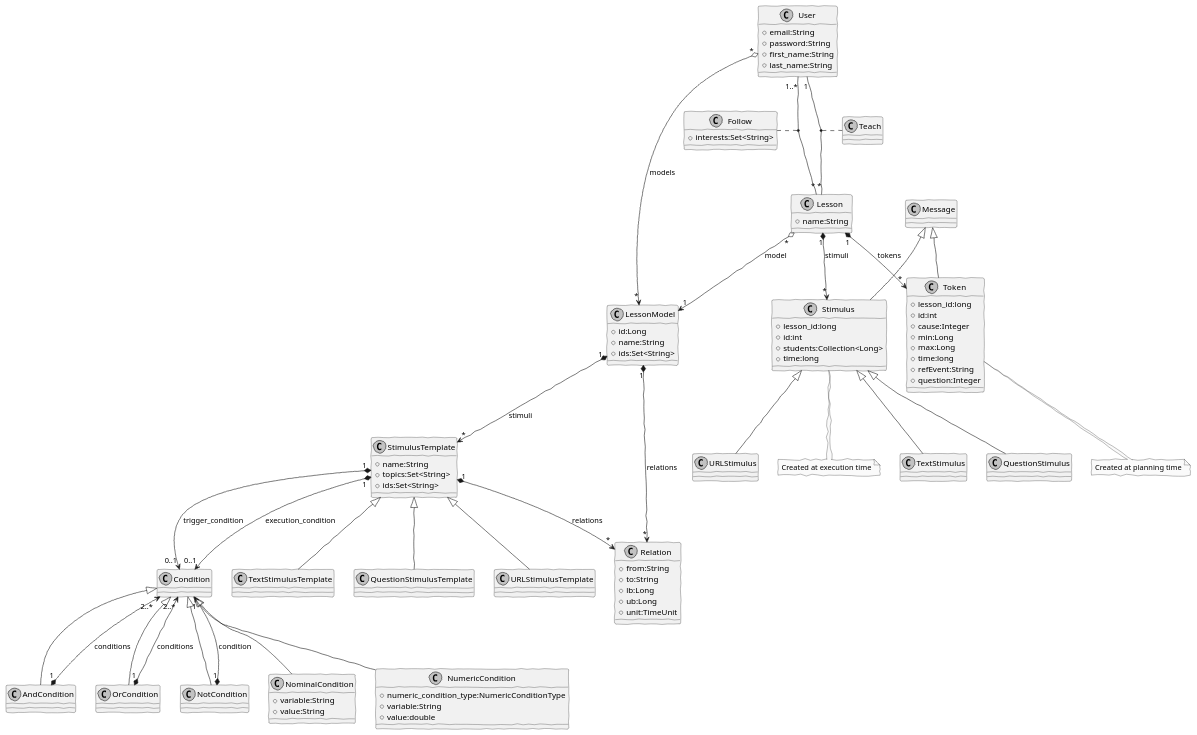
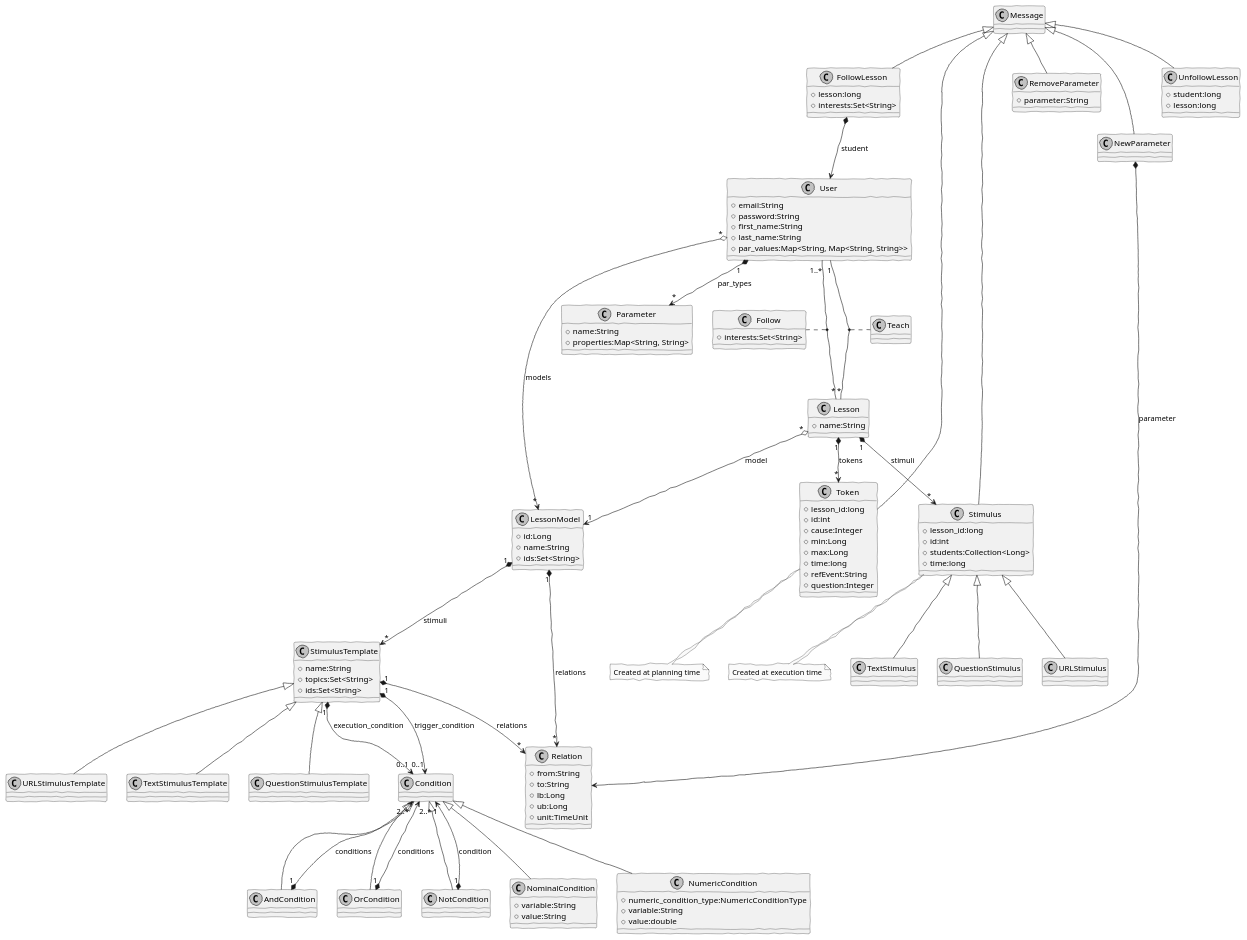
One commit to pstlab/ExPLoRAA changed the diagram in ExPLoRAA-API/src/main/resources/uml/class_diagram.puml. Above: the diagram before and after it, drawn with PlantUML.

Commit message:
improved class diagram..

```diff
--- a/ExPLoRAA-API/src/main/resources/uml/class_diagram.puml
+++ b/ExPLoRAA-API/src/main/resources/uml/class_diagram.puml
@@ -1,114 +1,139 @@
 @startuml
 skinparam monochrome true
 skinparam handwritten true
+
+class Parameter
+Parameter : +name:String
+Parameter : +properties:Map<String, String>
 
 class User
 User : +email:String
 User : +password:String
 User : +first_name:String
 User : +last_name:String
+User : +par_values:Map<String, Map<String, String>>
 User "1..*" - "*" Lesson
 (User , Lesson) .. Follow
 User "1" - "*" Lesson
 (User , Lesson) .. Teach
 User "*" o--> "*" LessonModel : models
+User "1" *--> "*" Parameter : par_types
 
 class Follow
 Follow : +interests:Set<String>
 
 class Teach
 
 class Lesson
 Lesson : +name:String
 Lesson "*" o--> "1" LessonModel : model
 Lesson "1" *--> "*" Stimulus : stimuli
 Lesson "1" *--> "*" Token : tokens
 
 class LessonModel
 LessonModel : +id:Long
 LessonModel : +name:String
 LessonModel : +ids:Set<String>
 LessonModel "1" *--> "*" StimulusTemplate : stimuli
 LessonModel "1" *--> "*" Relation : relations
 
 class Message
+
+class NewParameter
+Message <|-- NewParameter
+NewParameter *--> Relation : parameter
+
+class RemoveParameter
+Message <|-- RemoveParameter
+RemoveParameter : +parameter:String
+
+class FollowLesson
+Message <|-- FollowLesson
+FollowLesson : +lesson:long
+FollowLesson : +interests:Set<String>
+FollowLesson *--> User : student
+
+class UnfollowLesson
+Message <|-- UnfollowLesson
+UnfollowLesson : +student:long
+UnfollowLesson : +lesson:long
 
 class Stimulus
 note bottom: Created at execution time
 Message <|-- Stimulus
 Stimulus : +lesson_id:long
 Stimulus : +id:int
 Stimulus : +students:Collection<Long>
 Stimulus : +time:long
 
 class TextStimulus
 Stimulus <|-- TextStimulus
 
 class QuestionStimulus
 Stimulus <|-- QuestionStimulus
 
 class URLStimulus
 Stimulus <|-- URLStimulus
 
 class Token
 note bottom: Created at planning time
 Message <|-- Token
 Token : +lesson_id:long
 Token : +id:int
 Token : +cause:Integer
 Token : +min:Long
 Token : +max:Long
 Token : +time:long
 Token : +refEvent:String
 Token : +question:Integer
 
 class StimulusTemplate
 StimulusTemplate : +name:String
 StimulusTemplate : +topics:Set<String>
 StimulusTemplate : +ids:Set<String>
 StimulusTemplate "1" *--> "0..1" Condition : trigger_condition
 StimulusTemplate "1" *--> "0..1" Condition : execution_condition
 StimulusTemplate "1" *--> "*" Relation : relations
 
 class TextStimulusTemplate
 StimulusTemplate <|-- TextStimulusTemplate
 
 class QuestionStimulusTemplate
 StimulusTemplate <|-- QuestionStimulusTemplate
 
 class URLStimulusTemplate
 StimulusTemplate <|-- URLStimulusTemplate
 
 class Condition
 
 class AndCondition
 Condition <|-- AndCondition
 AndCondition "1" *--> "2..*" Condition : conditions
 
 class OrCondition
 Condition <|-- OrCondition
 OrCondition "1" *--> "2..*" Condition : conditions
 
 class NotCondition
 Condition <|-- NotCondition
 NotCondition "1" *--> "1" Condition : condition
 
 class NominalCondition
 Condition <|-- NominalCondition
 NominalCondition : +variable:String
 NominalCondition : +value:String
 
 class NumericCondition
 Condition <|-- NumericCondition
 NumericCondition : +numeric_condition_type:NumericConditionType
 NumericCondition : +variable:String
 NumericCondition : +value:double
 
 class Relation
 Relation : +from:String
 Relation : +to:String
 Relation : +lb:Long
 Relation : +ub:Long
 Relation : +unit:TimeUnit
 
 @enduml
```
